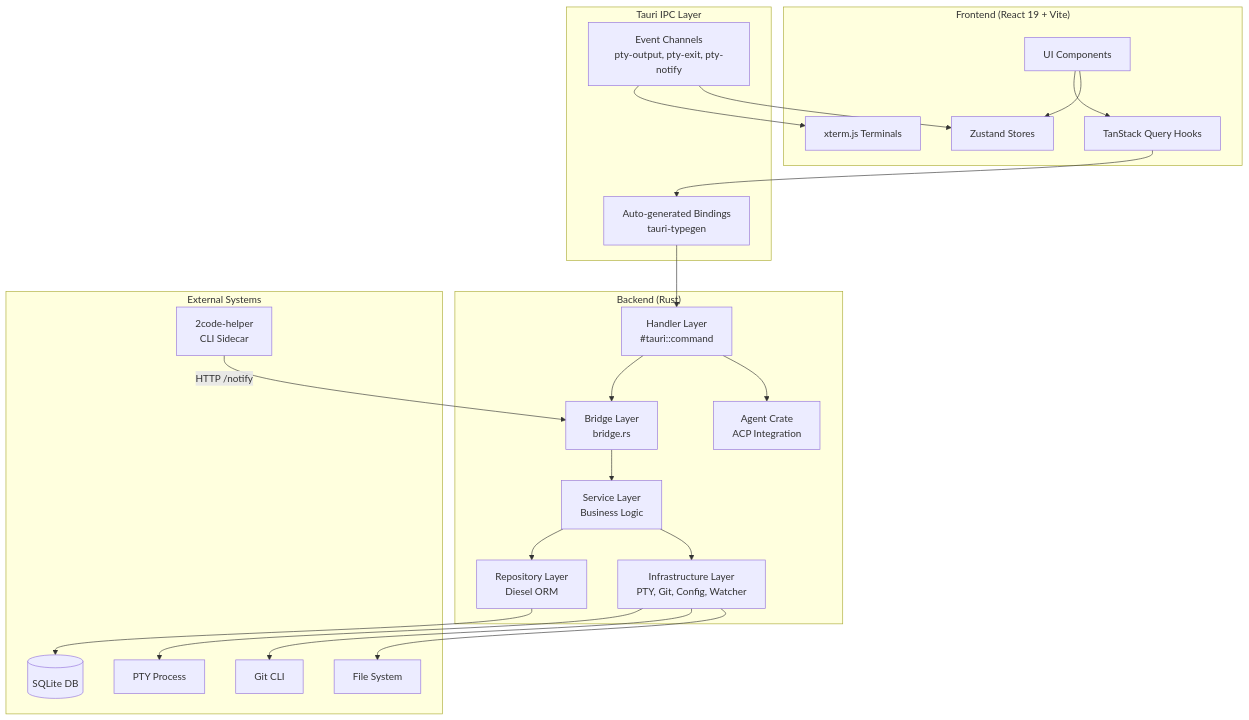
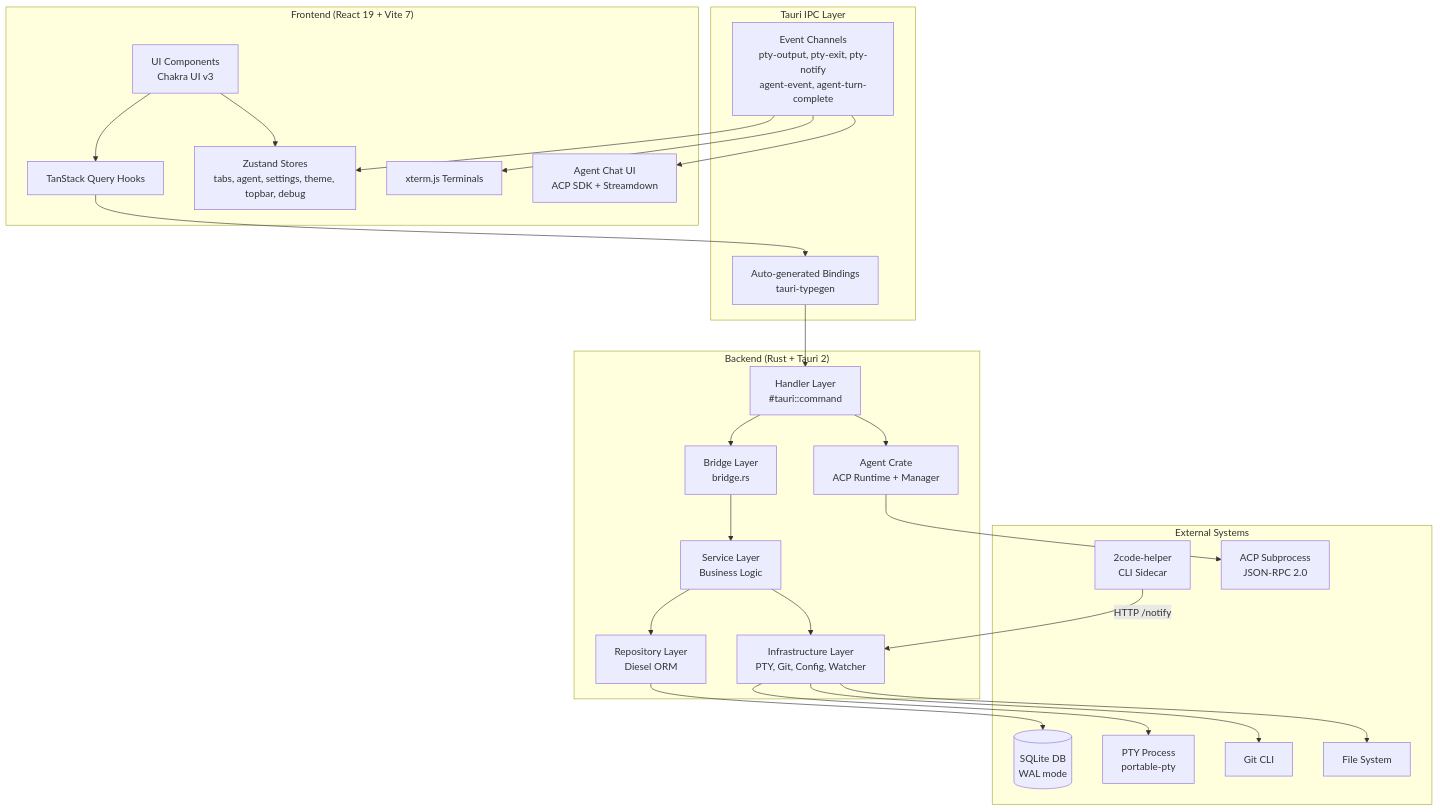
The first of 2 diagrams in docs/architecture.md (AkaraChen/2code), drawn with Mermaid before and after one commit. The commit also changed other lines of this file and 8 other files, not shown here.

First line of the commit message:
docs: update architecture docs for agent system and unified tab abstraction

````diff
--- a/docs/architecture.md
+++ b/docs/architecture.md
@@ -5,50 +5,54 @@
 ```mermaid
 graph TD
-    subgraph Frontend["Frontend (React 19 + Vite)"]
-        UI[UI Components]
+    subgraph Frontend["Frontend (React 19 + Vite 7)"]
+        UI[UI Components<br/>Chakra UI v3]
         Hooks[TanStack Query Hooks]
-        Stores[Zustand Stores]
+        Stores[Zustand Stores<br/>tabs, agent, settings, theme, topbar, debug]
         XTerm[xterm.js Terminals]
+        AgentUI[Agent Chat UI<br/>ACP SDK + Streamdown]
     end
 
     subgraph IPC["Tauri IPC Layer"]
         Gen[Auto-generated Bindings<br/>tauri-typegen]
-        Events[Event Channels<br/>pty-output, pty-exit, pty-notify]
+        Events[Event Channels<br/>pty-output, pty-exit, pty-notify<br/>agent-event, agent-turn-complete]
     end
 
-    subgraph Backend["Backend (Rust)"]
+    subgraph Backend["Backend (Rust + Tauri 2)"]
         Handler[Handler Layer<br/>#tauri::command]
         Bridge[Bridge Layer<br/>bridge.rs]
         Service[Service Layer<br/>Business Logic]
         Repo[Repository Layer<br/>Diesel ORM]
         Infra[Infrastructure Layer<br/>PTY, Git, Config, Watcher]
-        Agent[Agent Crate<br/>ACP Integration]
+        Agent[Agent Crate<br/>ACP Runtime + Manager]
     end
 
     subgraph External["External Systems"]
-        SQLite[(SQLite DB)]
-        PTY[PTY Process]
+        SQLite[(SQLite DB<br/>WAL mode)]
+        PTY[PTY Process<br/>portable-pty]
         Git[Git CLI]
         FS[File System]
         Sidecar[2code-helper<br/>CLI Sidecar]
+        ACP_Proc[ACP Subprocess<br/>JSON-RPC 2.0]
     end
 
     UI --> Hooks
     UI --> Stores
     Hooks --> Gen
     Gen --> Handler
     Events --> XTerm
     Events --> Stores
+    Events --> AgentUI
 
     Handler --> Bridge
     Bridge --> Service
     Service --> Repo
     Service --> Infra
     Handler --> Agent
 
     Repo --> SQLite
     Infra --> PTY
     Infra --> Git
     Infra --> FS
-    Sidecar -->|HTTP /notify| Bridge
+    Sidecar -->|HTTP /notify| Infra
+    Agent --> ACP_Proc
 ```
````
